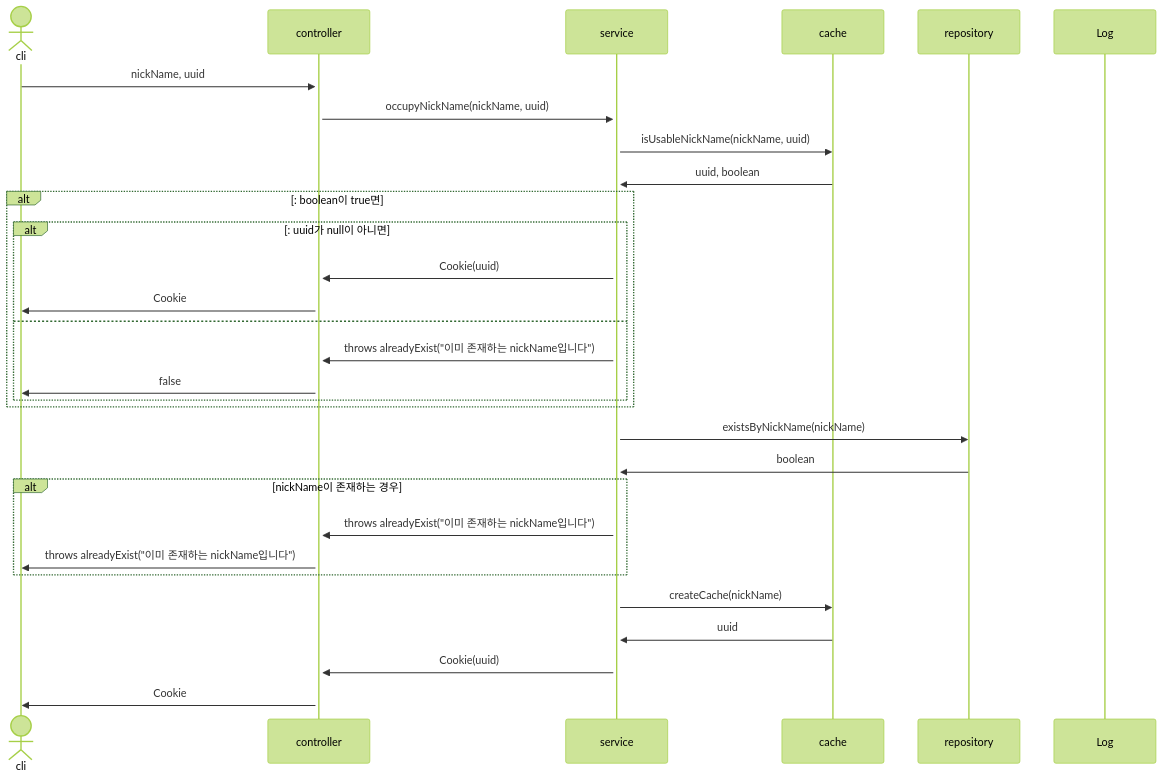
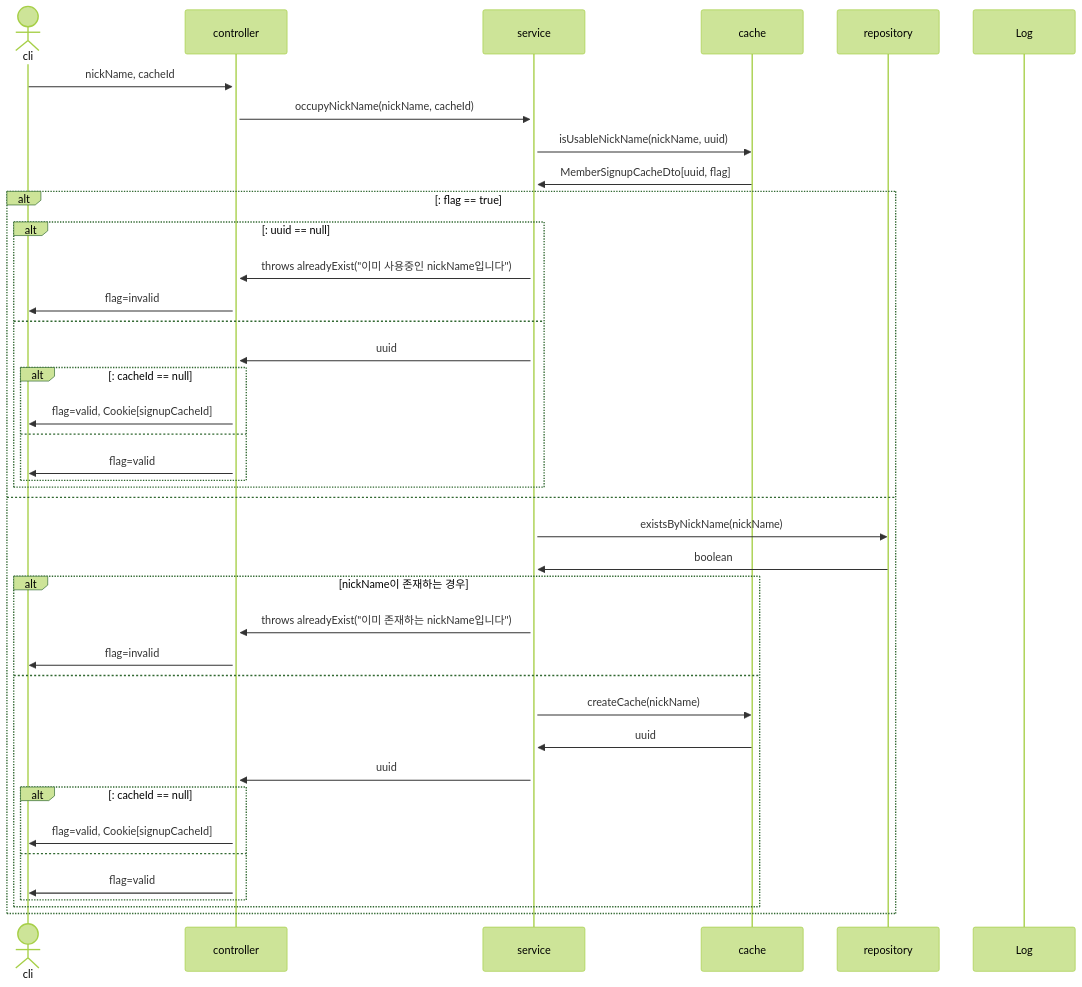
The sixth of 36 diagrams in sequence.md (mtak0235/snsX), drawn with Mermaid (forest theme) before and after one commit. The commit also changed other lines of this file and 6 other files, not shown here.

````diff
--- a/sequence.md
+++ b/sequence.md
@@ -147,33 +159,44 @@
 ```mermaid
 sequenceDiagram
 actor cli
 participant c as controller
 participant s as service
 participant ca as cache
 participant r as repository
 participant l as Log
 
-cli->>+c: nickName, uuid
-c->>+s: occupyNickName(nickName, uuid)
+cli->>+c: nickName, cacheId
+c->>+s: occupyNickName(nickName, cacheId)
 s->>ca: isUsableNickName(nickName, uuid)
-ca->>s: uuid, boolean
-alt: boolean이 true면
-alt: uuid가 null이 아니면
-s->>c: Cookie(uuid)
-c->>cli: Cookie
+
+ca->>s: MemberSignupCacheDto[uuid, flag]
+alt: flag == true
+alt: uuid == null
+s->>c: throws alreadyExist("이미 사용중인 nickName입니다")
+c->>cli: flag=invalid
 else
-s->>c: throws alreadyExist("이미 존재하는 nickName입니다")
-c->>cli: false
+s->>c: uuid
+alt: cacheId == null
+c->>cli: flag=valid, Cookie[signupCacheId]
+else
+c->>cli: flag=valid
 end
 end
+else
 s->>r: existsByNickName(nickName)
 r->>s: boolean
 alt nickName이 존재하는 경우
 s->>c: throws alreadyExist("이미 존재하는 nickName입니다")
-c->>cli: throws alreadyExist("이미 존재하는 nickName입니다")
-end
+c->>cli: flag=invalid
+else
 s->>ca: createCache(nickName)
 ca->>s: uuid
-s->>c: Cookie(uuid)
-c->>cli: Cookie
+s->>c: uuid
+alt: cacheId == null
+c->>cli: flag=valid, Cookie[signupCacheId]
+else
+c->>cli: flag=valid
+end
+end
+end
 ```
````
